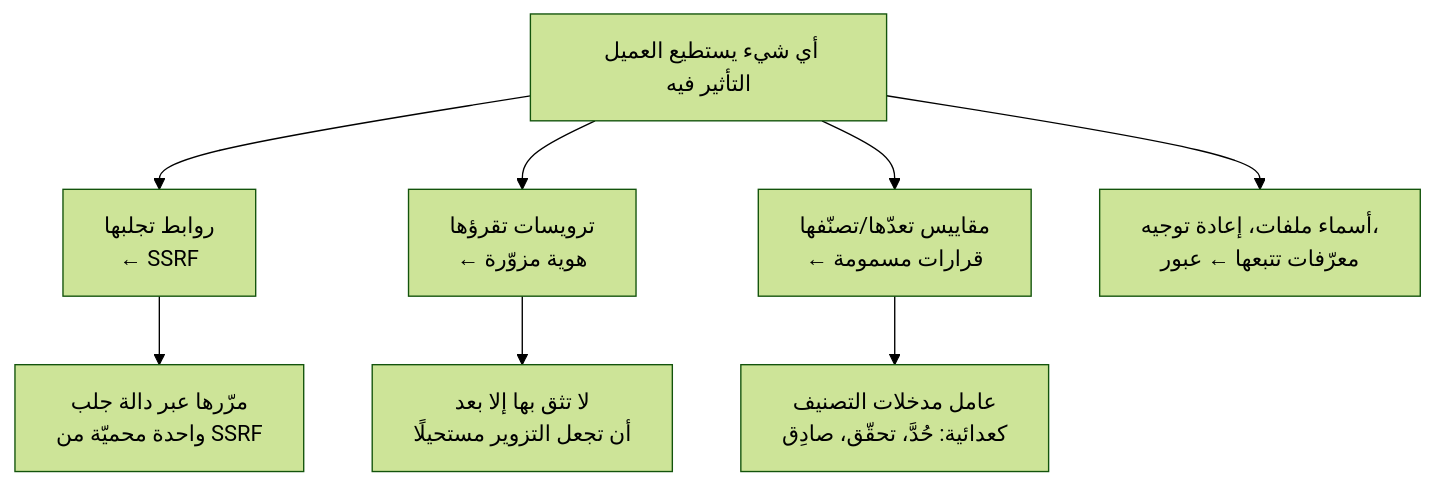
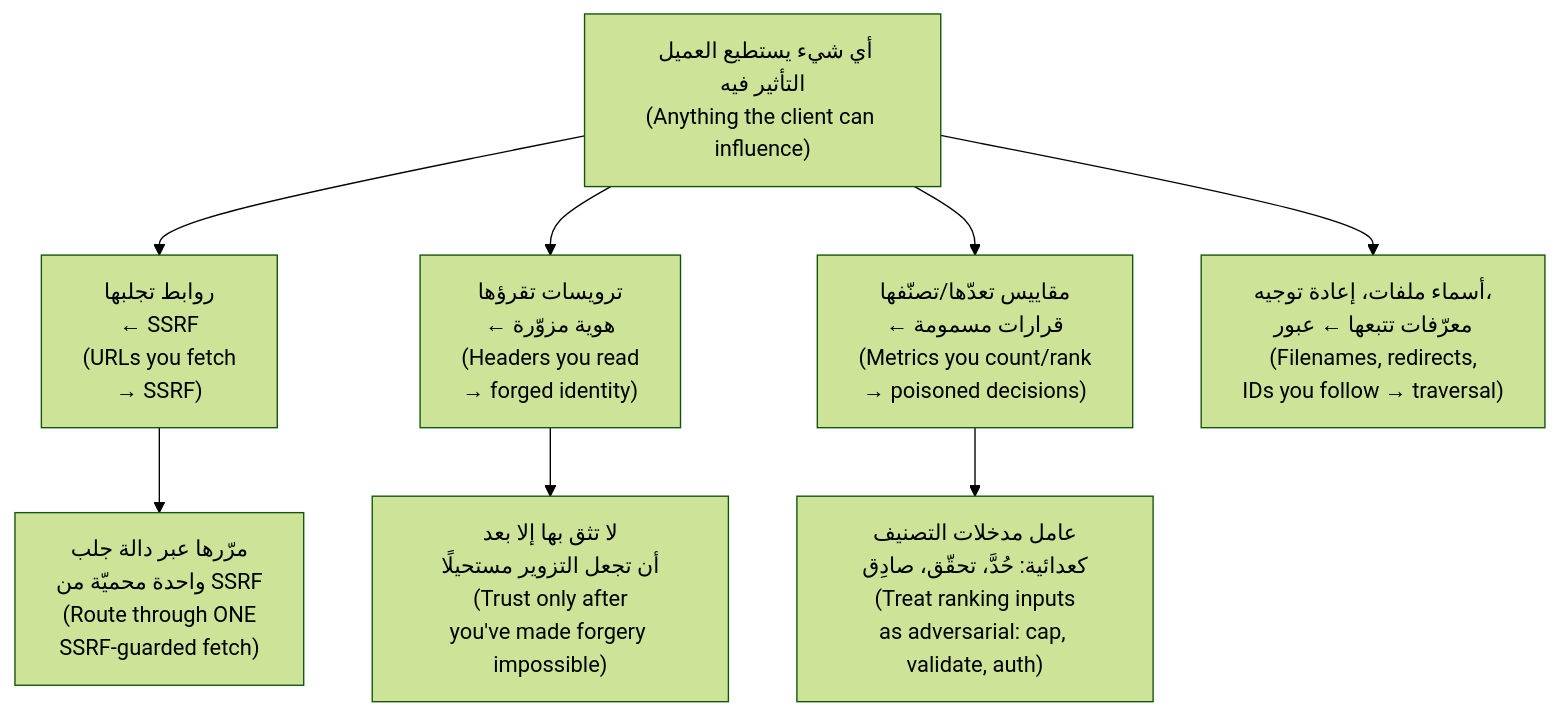
One commit to Tamoura/system-design-for-vibe-coders changed the fourth of 7 diagrams in modules/05-users-abuse/module.ar.md. Above: the diagram before and after it, drawn with Mermaid (forest theme). The commit also changed other lines of this file and 62 other files, not shown here.

First line of the commit message:
Arabic editions: English on every diagram label, RTL fixes, rebuild

````diff
--- a/modules/05-users-abuse/module.ar.md
+++ b/modules/05-users-abuse/module.ar.md
@@ -519,10 +519,10 @@
 ```mermaid
 flowchart TD
-    C["أي شيء يستطيع العميل التأثير فيه"] --> U["روابط تجلبها<br/>← SSRF"]
-    C --> H["ترويسات تقرؤها<br/>← هوية مزوّرة"]
-    C --> M["مقاييس تعدّها/تصنّفها<br/>← قرارات مسمومة"]
-    C --> F["أسماء ملفات، إعادة توجيه،<br/>معرّفات تتبعها ← عبور"]
-    U --> G["مرّرها عبر دالة جلب<br/>واحدة محميّة من SSRF"]
-    H --> G2["لا تثق بها إلا بعد<br/>أن تجعل التزوير مستحيلًا"]
-    M --> G3["عامل مدخلات التصنيف<br/>كعدائية: حُدَّ، تحقّق، صادِق"]
+    C["أي شيء يستطيع العميل التأثير فيه<br/>(Anything the client can influence)"] --> U["روابط تجلبها<br/>← SSRF<br/>(URLs you fetch<br/>→ SSRF)"]
+    C --> H["ترويسات تقرؤها<br/>← هوية مزوّرة<br/>(Headers you read<br/>→ forged identity)"]
+    C --> M["مقاييس تعدّها/تصنّفها<br/>← قرارات مسمومة<br/>(Metrics you count/rank<br/>→ poisoned decisions)"]
+    C --> F["أسماء ملفات، إعادة توجيه،<br/>معرّفات تتبعها ← عبور<br/>(Filenames, redirects,<br/>IDs you follow → traversal)"]
+    U --> G["مرّرها عبر دالة جلب<br/>واحدة محميّة من SSRF<br/>(Route through ONE<br/>SSRF-guarded fetch)"]
+    H --> G2["لا تثق بها إلا بعد<br/>أن تجعل التزوير مستحيلًا<br/>(Trust only after<br/>you've made forgery impossible)"]
+    M --> G3["عامل مدخلات التصنيف<br/>كعدائية: حُدَّ، تحقّق، صادِق<br/>(Treat ranking inputs<br/>as adversarial: cap, validate, auth)"]
 ```
````
